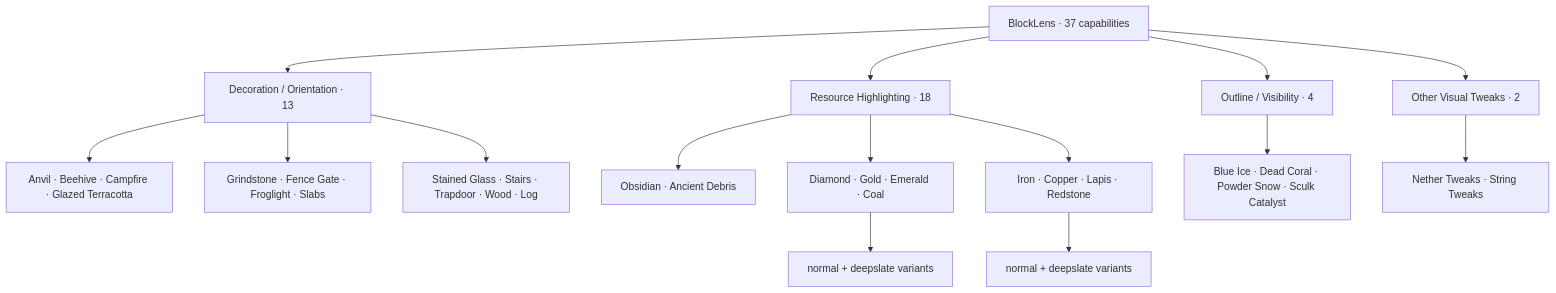
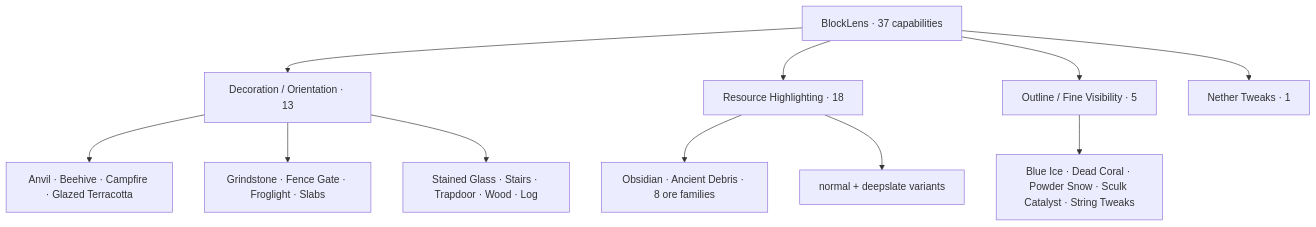
One commit to bosatsu25/BlockLens changed the first of 4 diagrams in README.md. Above: the diagram before and after it, drawn with Mermaid. The commit also changed other lines of this file and 23 other files, not shown here.

````diff
--- a/README.md
+++ b/README.md
@@ -27,21 +27,15 @@
 ```mermaid
 flowchart TB
     BL[BlockLens · 37 capabilities]
     BL --> D[Decoration / Orientation · 13]
     BL --> R[Resource Highlighting · 18]
-    BL --> O[Outline / Visibility · 4]
-    BL --> X[Other Visual Tweaks · 2]
+    BL --> O[Outline / Fine Visibility · 5]
+    BL --> N[Nether Tweaks · 1]
 
     D --> D1[Anvil · Beehive · Campfire · Glazed Terracotta]
     D --> D2[Grindstone · Fence Gate · Froglight · Slabs]
     D --> D3[Stained Glass · Stairs · Trapdoor · Wood · Log]
-
-    R --> R1[Obsidian · Ancient Debris]
-    R --> R2[Diamond · Gold · Emerald · Coal]
-    R --> R3[Iron · Copper · Lapis · Redstone]
-    R2 --> R4[normal + deepslate variants]
-    R3 --> R5[normal + deepslate variants]
-
-    O --> O1[Blue Ice · Dead Coral · Powder Snow · Sculk Catalyst]
-    X --> X1[Nether Tweaks · String Tweaks]
+    R --> R1[Obsidian · Ancient Debris · 8 ore families]
+    R --> R2[normal + deepslate variants]
+    O --> O1[Blue Ice · Dead Coral · Powder Snow · Sculk Catalyst · String Tweaks]
 ```
````
